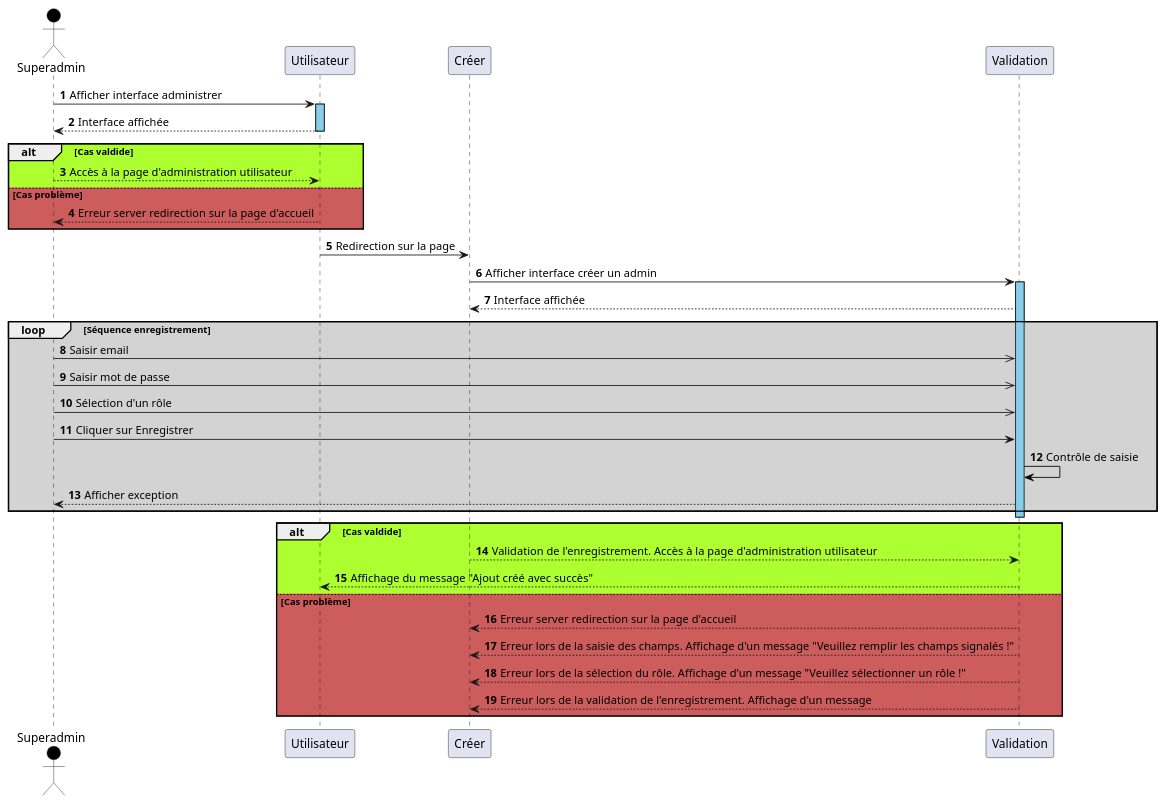
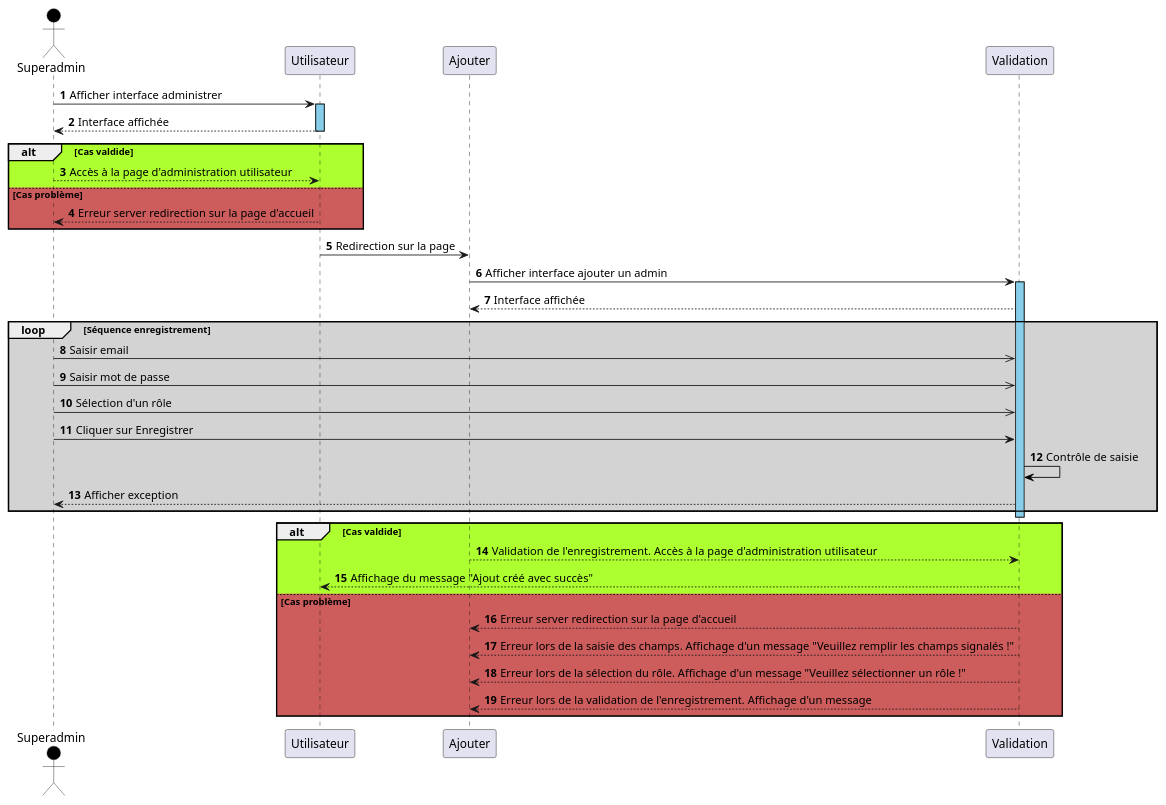
The diagram in documents/analyse_uml/diagramme_de_sequence/diagramme_sequence_administrer/diagramme_sequence_creeradmin.wsd (nwehla/QuidideanceTest), drawn with PlantUML before and after one commit. The commit also changed 7 other files, not shown here.

Commit message:
verification des séquentiels de admin

```diff
--- a/documents/analyse_uml/diagramme_de_sequence/diagramme_sequence_administrer/diagramme_sequence_creeradmin.wsd
+++ b/documents/analyse_uml/diagramme_de_sequence/diagramme_sequence_administrer/diagramme_sequence_creeradmin.wsd
@@ -1,35 +1,35 @@
 @startuml creeradmin
 autonumber 
 actor Superadmin #Black
 Superadmin -> Utilisateur : Afficher interface administrer
 activate Utilisateur #SkyBlue
 Utilisateur --> Superadmin : Interface affichée
 deactivate Utilisateur
 alt #GreenYellow Cas valdide 
 Utilisateur <-- Superadmin : Accès à la page d'administration utilisateur
 else #IndianRed Cas problème
 Utilisateur --> Superadmin : Erreur server redirection sur la page d'accueil
 end
-Utilisateur -> Créer : Redirection sur la page
-Créer -> Validation : Afficher interface créer un admin
+Utilisateur -> Ajouter : Redirection sur la page
+Ajouter -> Validation : Afficher interface ajouter un admin
 activate Validation #SkyBlue
-Validation --> Créer : Interface affichée
+Validation --> Ajouter : Interface affichée
 loop #LightGrey Séquence enregistrement
 Superadmin ->> Validation : Saisir email
 Superadmin ->> Validation : Saisir mot de passe
 Superadmin ->> Validation : Sélection d'un rôle
 Superadmin -> Validation : Cliquer sur Enregistrer
 Validation -[#Black]> Validation : Contrôle de saisie
 Validation --> Superadmin : Afficher exception
 end
 deactivate Validation
 alt #GreenYellow Cas valdide 
-Créer --> Validation : Validation de l'enregistrement. Accès à la page d'administration utilisateur
+Ajouter --> Validation : Validation de l'enregistrement. Accès à la page d'administration utilisateur
 Validation --> Utilisateur : Affichage du message "Ajout créé avec succès"
 else #IndianRed Cas problème
-Créer <-- Validation : Erreur server redirection sur la page d'accueil
-Créer <-- Validation : Erreur lors de la saisie des champs. Affichage d'un message "Veuillez remplir les champs signalés !"
-Créer <-- Validation : Erreur lors de la sélection du rôle. Affichage d'un message "Veuillez sélectionner un rôle !" 
-Créer <-- Validation : Erreur lors de la validation de l'enregistrement. Affichage d'un message 
+Ajouter <-- Validation : Erreur server redirection sur la page d'accueil
+Ajouter <-- Validation : Erreur lors de la saisie des champs. Affichage d'un message "Veuillez remplir les champs signalés !"
+Ajouter <-- Validation : Erreur lors de la sélection du rôle. Affichage d'un message "Veuillez sélectionner un rôle !" 
+Ajouter <-- Validation : Erreur lors de la validation de l'enregistrement. Affichage d'un message 
 end
 @enduml
```
